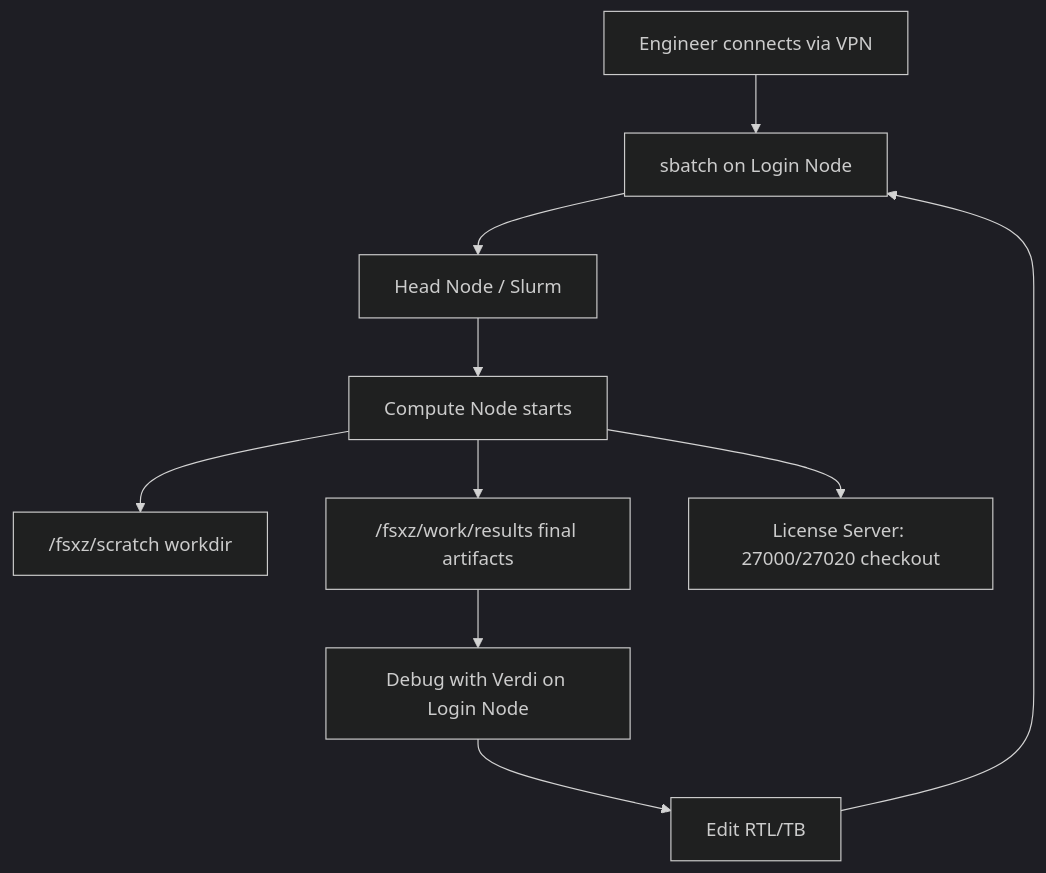
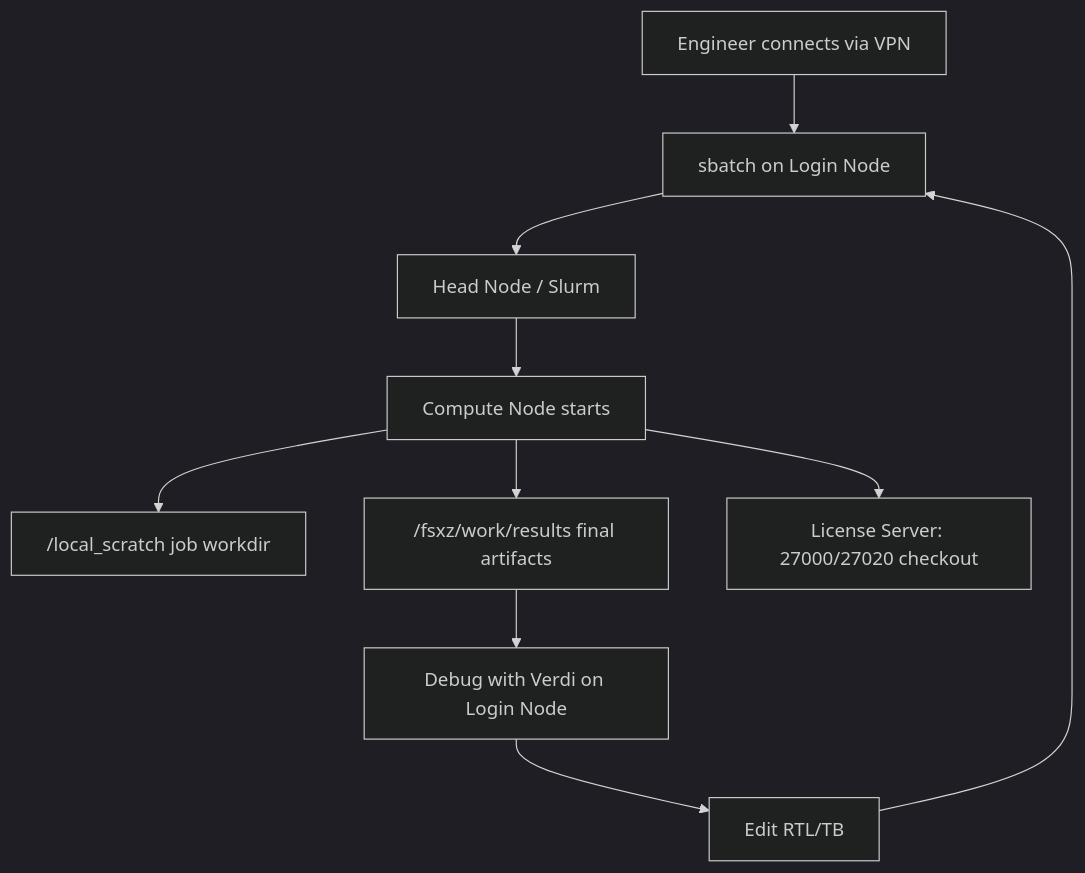
Before and after one commit to prorhap/eda-aws: the second of 2 diagrams in architecture_guide.md, drawn with Mermaid (dark theme). The commit also changed other lines of this file and 17 other files, not shown here.

````diff
--- a/architecture_guide.md
+++ b/architecture_guide.md
@@ -494,12 +504,12 @@
 ```mermaid
 flowchart TD
     A["Engineer connects via VPN"] --> B["sbatch on Login Node"]
     B --> C["Head Node / Slurm"]
     C --> D["Compute Node starts"]
-    D --> E["/fsxz/scratch workdir"]
+    D --> E["/local_scratch job workdir"]
     D --> F["/fsxz/work/results final artifacts"]
     D --> L["License Server: 27000/27020 checkout"]
     F --> G["Debug with Verdi on Login Node"]
     G --> H["Edit RTL/TB"]
     H --> B
 ```
````
